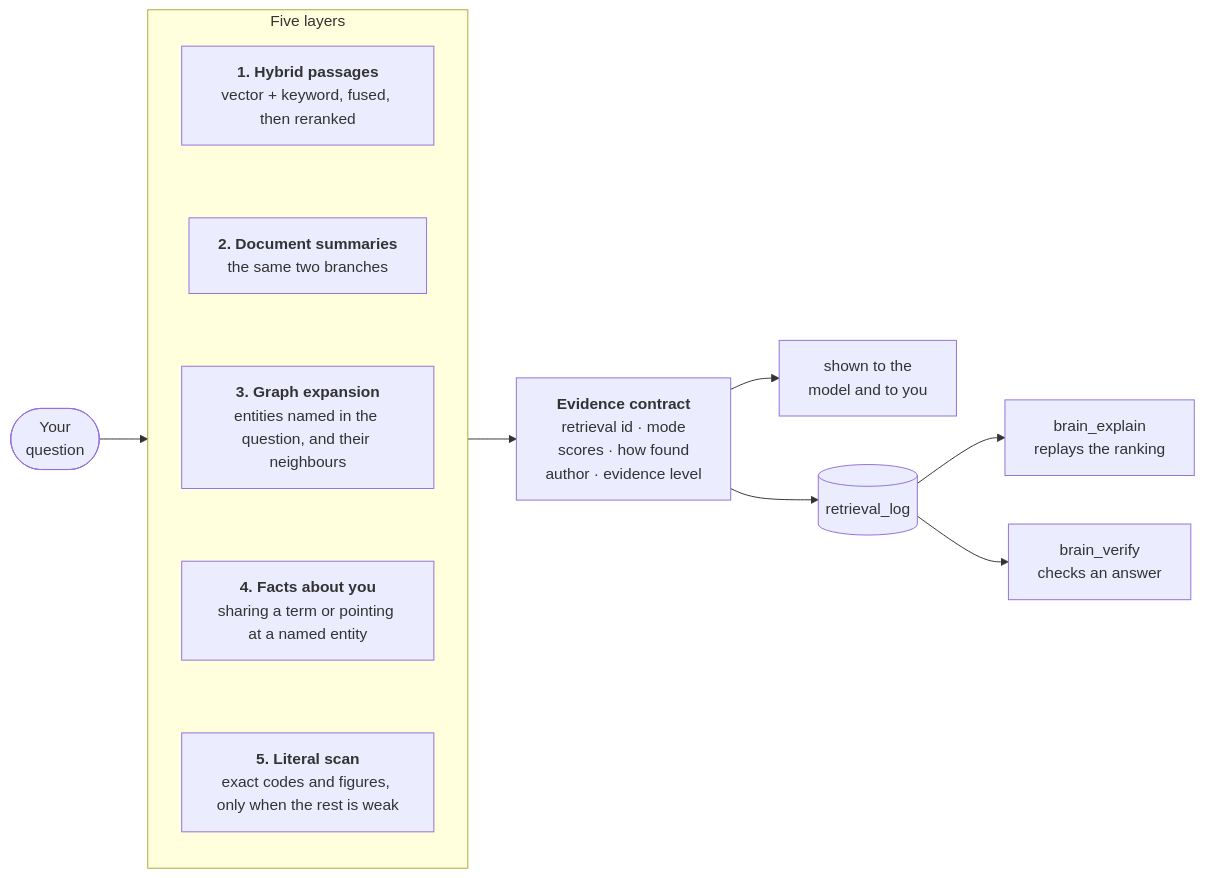
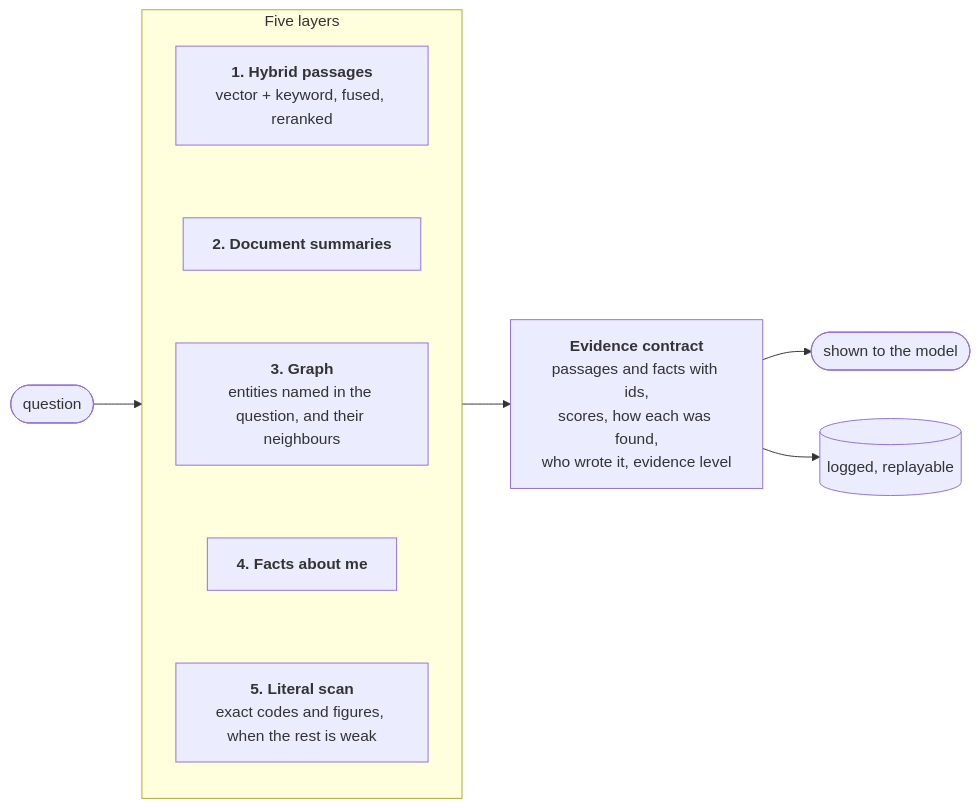
The second of 3 diagrams in README.md (frankf1747/Brain), drawn with Mermaid before and after one commit. The commit also changed other lines of this file, not shown here.

````diff
--- a/README.md
+++ b/README.md
@@ -75,18 +65,16 @@
 ```mermaid
 flowchart LR
-    Q(["Your<br/>question"]) --> layers
+    Q(["question"]) --> layers
     subgraph layers["Five layers"]
         direction TB
-        L1["<b>1. Hybrid passages</b><br/>vector + keyword, fused, then reranked"]
-        L2["<b>2. Document summaries</b><br/>the same two branches"]
-        L3["<b>3. Graph expansion</b><br/>entities named in the question, and their neighbours"]
-        L4["<b>4. Facts about you</b><br/>sharing a term or pointing at a named entity"]
-        L5["<b>5. Literal scan</b><br/>exact codes and figures, only when the rest is weak"]
+        L1["<b>1. Hybrid passages</b><br/>vector + keyword, fused, reranked"]
+        L2["<b>2. Document summaries</b>"]
+        L3["<b>3. Graph</b><br/>entities named in the question, and their neighbours"]
+        L4["<b>4. Facts about me</b>"]
+        L5["<b>5. Literal scan</b><br/>exact codes and figures, when the rest is weak"]
         L1 ~~~ L2 ~~~ L3 ~~~ L4 ~~~ L5
     end
-    layers --> C["<b>Evidence contract</b><br/>retrieval id · mode<br/>scores · how found<br/>author · evidence level"]
-    C --> M["shown to the<br/>model and to you"]
-    C --> LOG[("retrieval_log")]
-    LOG --> EX["brain_explain<br/>replays the ranking"]
-    LOG --> VF["brain_verify<br/>checks an answer"]
+    layers --> C["<b>Evidence contract</b><br/>passages and facts with ids,<br/>scores, how each was found,<br/>who wrote it, evidence level"]
+    C --> M(["shown to the model"])
+    C --> LOG[("logged, replayable")]
 ```
````
